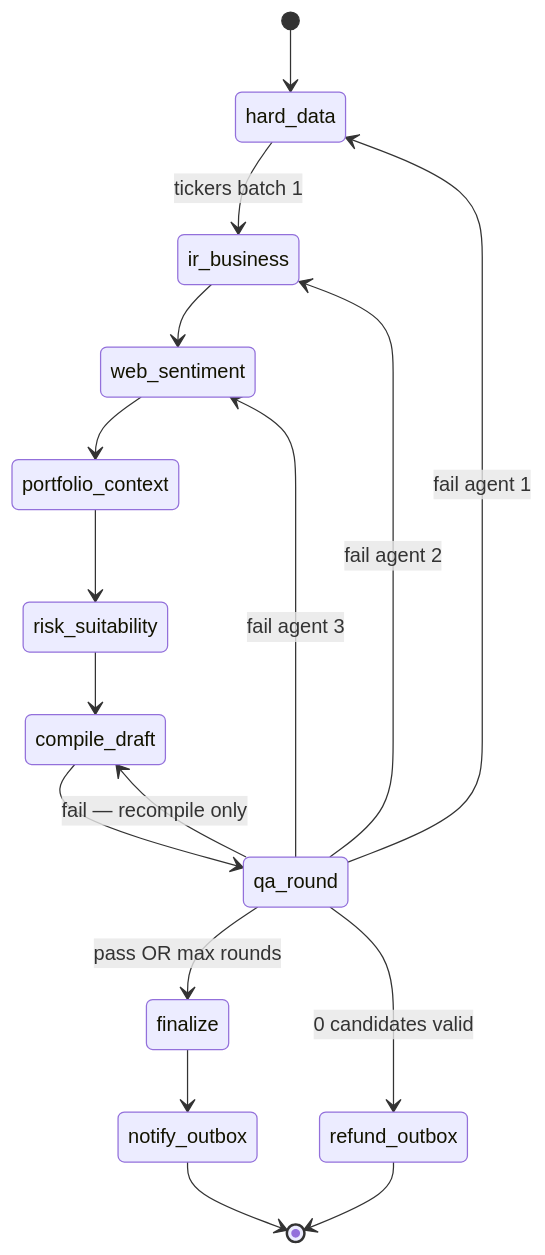
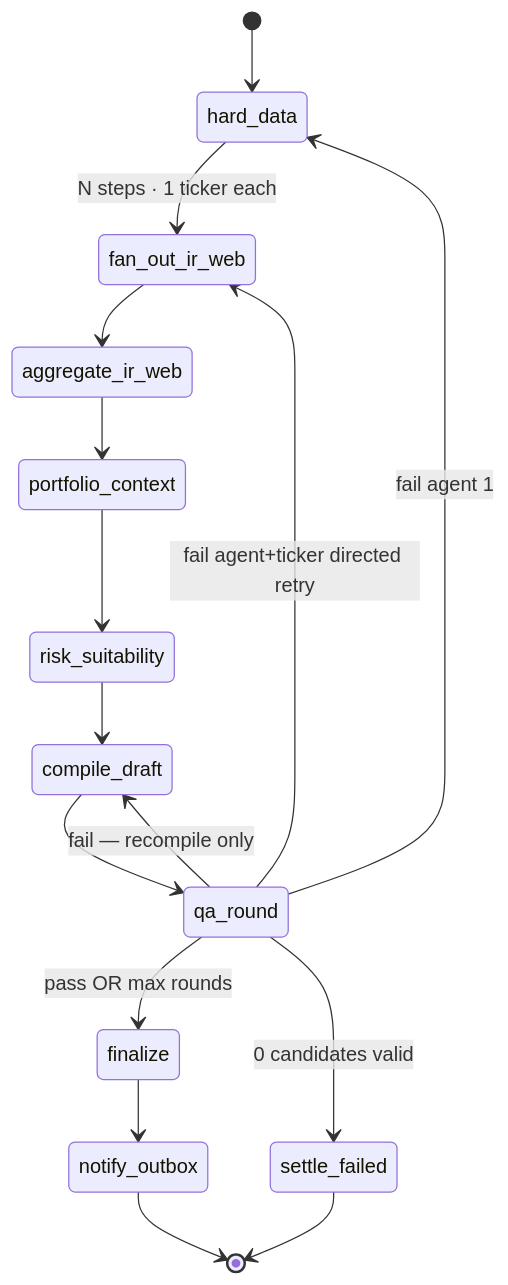
The fifth of 8 diagrams in docs/HLD_INVESTMENT_SCREENING_AGENTS.md (kyberis/stocktracker), drawn with Mermaid before and after one commit. The commit also changed other lines of this file and 53 other files, not shown here.

````diff
--- a/docs/HLD_INVESTMENT_SCREENING_AGENTS.md
+++ b/docs/HLD_INVESTMENT_SCREENING_AGENTS.md
@@ -224,22 +230,21 @@
 ```mermaid
 stateDiagram-v2
     [*] --> hard_data
-    hard_data --> ir_business: tickers batch 1
-    ir_business --> web_sentiment
-    web_sentiment --> portfolio_context
+    hard_data --> fan_out_ir_web: N steps · 1 ticker each
+    fan_out_ir_web --> aggregate_ir_web
+    aggregate_ir_web --> portfolio_context
     portfolio_context --> risk_suitability
     risk_suitability --> compile_draft
     compile_draft --> qa_round
 
     qa_round --> compile_draft: fail — recompile only
-    qa_round --> ir_business: fail agent 2
-    qa_round --> web_sentiment: fail agent 3
+    qa_round --> fan_out_ir_web: fail agent+ticker directed retry
     qa_round --> hard_data: fail agent 1
     qa_round --> finalize: pass OR max rounds
 
     finalize --> notify_outbox
     notify_outbox --> [*]
 
-    qa_round --> refund_outbox: 0 candidates valid
-    refund_outbox --> [*]
+    qa_round --> settle_failed: 0 candidates valid
+    settle_failed --> [*]
 ```
````
